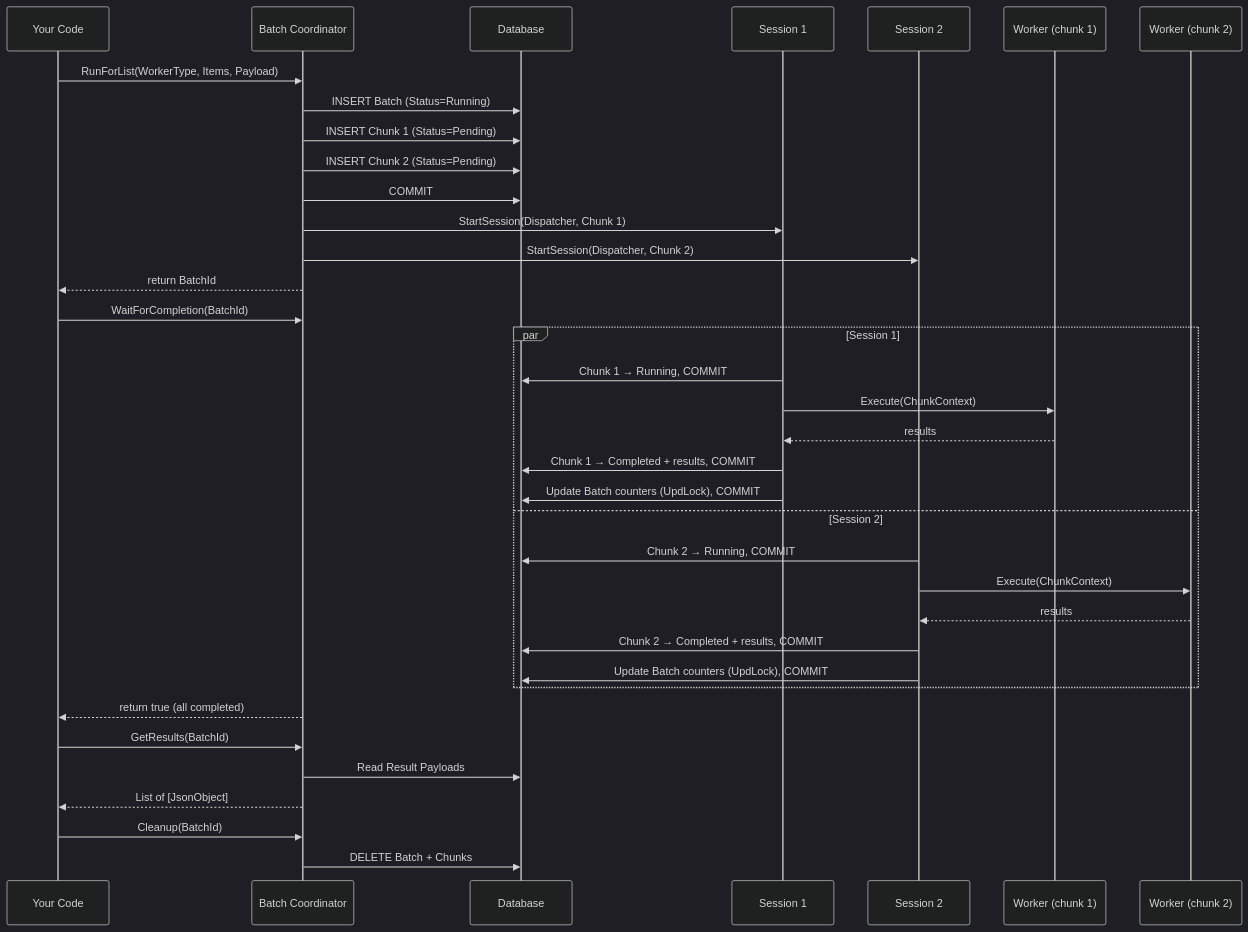
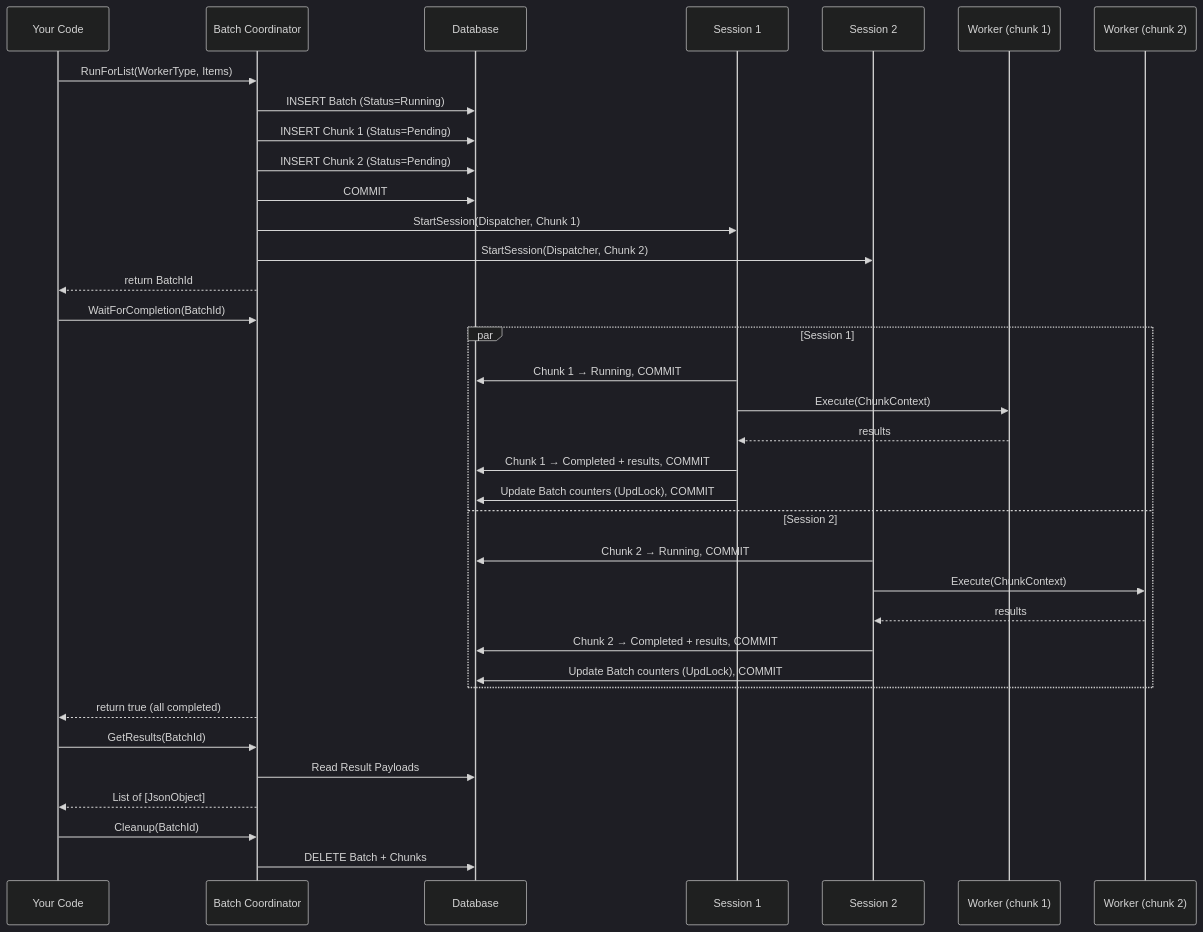
Before and after one commit to Drakonian/parallel-worker-bc: the second of 5 diagrams in README.md, drawn with Mermaid (dark theme).

Commit message:
update diagram, to use less params

````diff
--- a/README.md
+++ b/README.md
@@ -149,42 +149,42 @@
 ```mermaid
 sequenceDiagram
     participant C as Your Code
     participant BC as Batch Coordinator
     participant DB as Database
     participant S1 as Session 1
     participant S2 as Session 2
     participant W1 as Worker (chunk 1)
     participant W2 as Worker (chunk 2)
 
-    C->>BC: RunForList(WorkerType, Items, Payload)
+    C->>BC: RunForList(WorkerType, Items)
     BC->>DB: INSERT Batch (Status=Running)
     BC->>DB: INSERT Chunk 1 (Status=Pending)
     BC->>DB: INSERT Chunk 2 (Status=Pending)
     BC->>DB: COMMIT
     BC->>S1: StartSession(Dispatcher, Chunk 1)
     BC->>S2: StartSession(Dispatcher, Chunk 2)
     BC-->>C: return BatchId
 
     C->>BC: WaitForCompletion(BatchId)
 
     par Session 1
         S1->>DB: Chunk 1 → Running, COMMIT
         S1->>W1: Execute(ChunkContext)
         W1-->>S1: results
         S1->>DB: Chunk 1 → Completed + results, COMMIT
         S1->>DB: Update Batch counters (UpdLock), COMMIT
     and Session 2
         S2->>DB: Chunk 2 → Running, COMMIT
         S2->>W2: Execute(ChunkContext)
         W2-->>S2: results
         S2->>DB: Chunk 2 → Completed + results, COMMIT
         S2->>DB: Update Batch counters (UpdLock), COMMIT
     end
 
     BC-->>C: return true (all completed)
     C->>BC: GetResults(BatchId)
     BC->>DB: Read Result Payloads
     BC-->>C: List of [JsonObject]
     C->>BC: Cleanup(BatchId)
     BC->>DB: DELETE Batch + Chunks
 ```
````
